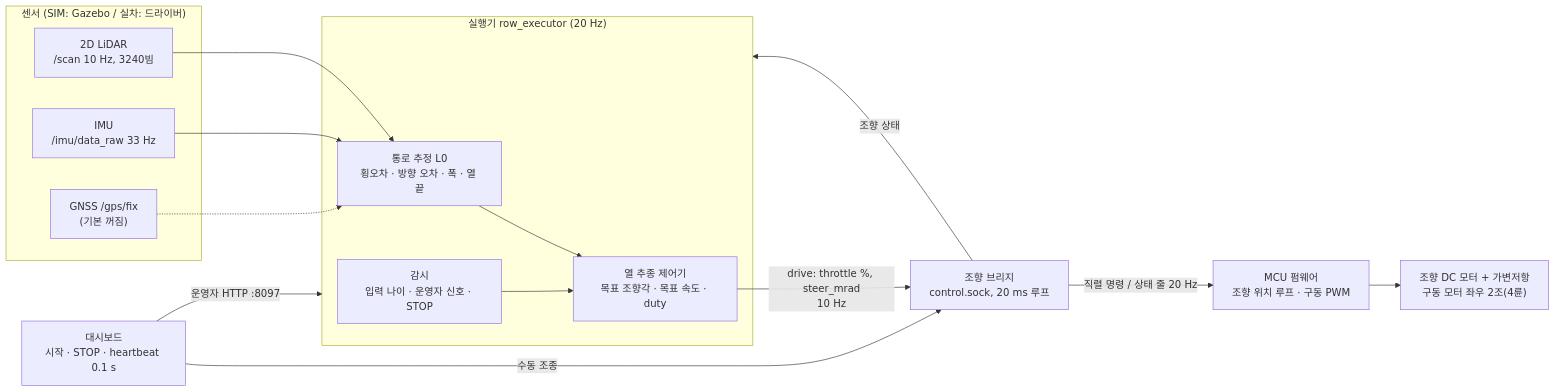
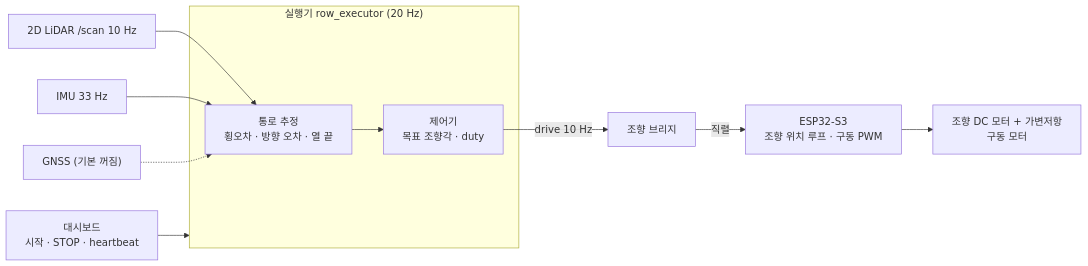
Before and after one commit to 2026-BTS-UNI-Car/unist_orchard_simulation: the diagram in README.md, drawn with Mermaid. The commit also changed other lines of this file and 11 other files, not shown here.

````diff
--- a/README.md
+++ b/README.md
@@ -60,28 +33,22 @@
 ```mermaid
 flowchart LR
-  subgraph SENS["센서 (SIM: Gazebo / 실차: 드라이버)"]
-    LI["2D LiDAR<br/>/scan 10 Hz, 3240빔"]
-    IM["IMU<br/>/imu/data_raw 33 Hz"]
-    GN["GNSS /gps/fix<br/>(기본 꺼짐)"]
+  LI["2D LiDAR /scan 10 Hz"]
+  IM["IMU 33 Hz"]
+  GN["GNSS (기본 꺼짐)"]
+  subgraph EXE["실행기 row_executor (20 Hz)"]
+    EST["통로 추정<br/>횡오차 · 방향 오차 · 열 끝"]
+    CTL["제어기<br/>목표 조향각 · duty"]
   end
-  subgraph EXE["실행기 row_executor (20 Hz)"]
-    EST["통로 추정 L0<br/>횡오차 · 방향 오차 · 폭 · 열 끝"]
-    CTL["열 추종 제어기<br/>목표 조향각 · 목표 속도 · duty"]
-    SAFE["감시<br/>입력 나이 · 운영자 신호 · STOP"]
-  end
-  BR["조향 브리지<br/>control.sock, 20 ms 루프"]
-  MCU["MCU 펌웨어<br/>조향 위치 루프 · 구동 PWM"]
-  ACT["조향 DC 모터 + 가변저항<br/>구동 모터 좌우 2조(4륜)"]
-  DB["대시보드<br/>시작 · STOP · heartbeat 0.1 s"]
+  BR["조향 브리지"]
+  MCU["ESP32-S3<br/>조향 위치 루프 · 구동 PWM"]
+  ACT["조향 DC 모터 + 가변저항<br/>구동 모터"]
+  DB["대시보드<br/>시작 · STOP · heartbeat"]
   LI --> EST
   IM --> EST
   GN -.-> EST
   EST --> CTL
-  SAFE --> CTL
-  CTL -->|"drive: throttle %, steer_mrad<br/>10 Hz"| BR
-  BR -->|"직렬 명령 / 상태 줄 20 Hz"| MCU
+  CTL -->|"drive 10 Hz"| BR
+  BR -->|"직렬"| MCU
   MCU --> ACT
-  BR -->|"조향 상태"| EXE
-  DB -->|"운영자 HTTP :8097"| EXE
-  DB -->|"수동 조종"| BR
+  DB --> EXE
 ```
````
